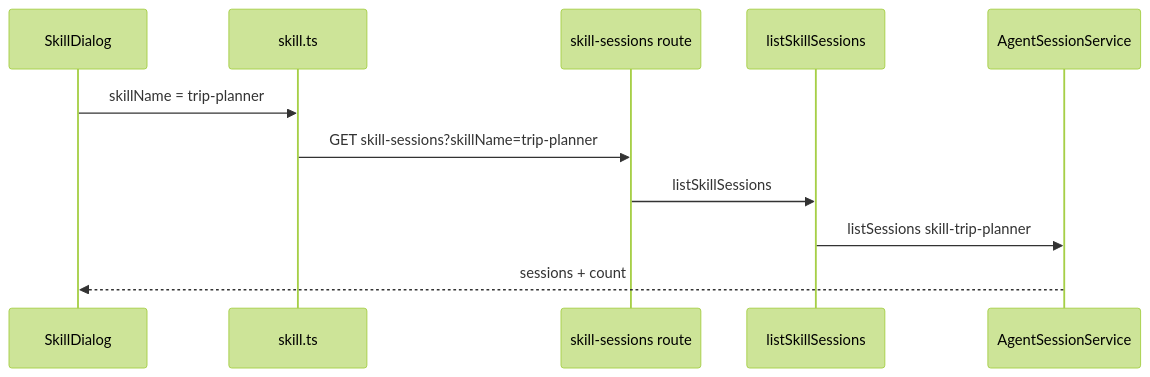
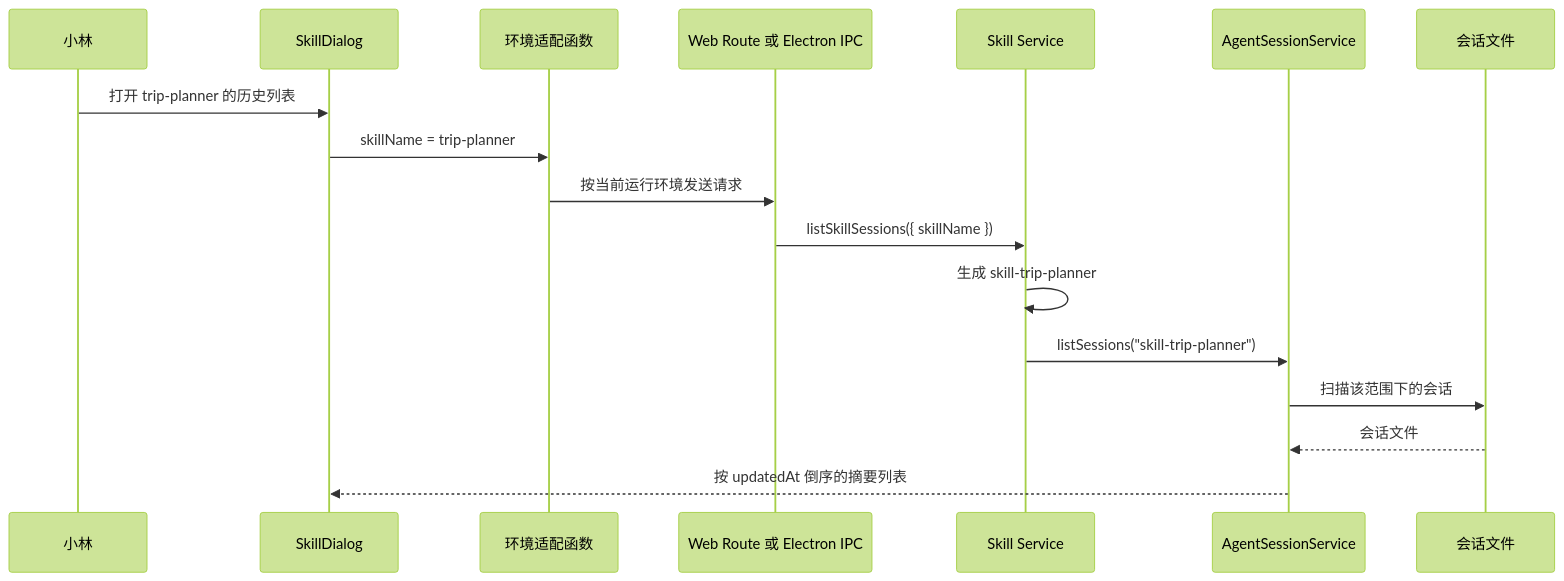
The first of 2 diagrams in learning-note/full-project-course-v2/textbook/part-e-pi-agent-runtime/E37-skill-sessions-use-skill-project-scope.md (LavaCourage07/startupOS), drawn with Mermaid (forest theme) before and after one commit. The commit also changed other lines of this file and 560 other files, not shown here.

````diff
--- a/learning-note/full-project-course-v2/textbook/part-e-pi-agent-runtime/E37-skill-sessions-use-skill-project-scope.md
+++ b/learning-note/full-project-course-v2/textbook/part-e-pi-agent-runtime/E37-skill-sessions-use-skill-project-scope.md
@@ -98,13 +30,20 @@
 ```mermaid
 sequenceDiagram
+    participant U as 小林
     participant UI as SkillDialog
-    participant Adapter as skill.ts
-    participant API as skill-sessions route
-    participant Service as listSkillSessions
-    participant Store as AgentSessionService
-    UI->>Adapter: skillName = trip-planner
-    Adapter->>API: GET skill-sessions?skillName=trip-planner
-    API->>Service: listSkillSessions
-    Service->>Store: listSessions skill-trip-planner
-    Store-->>UI: sessions + count
+    participant A as 环境适配函数
+    participant B as Web Route 或 Electron IPC
+    participant S as Skill Service
+    participant SS as AgentSessionService
+    participant FS as 会话文件
+
+    U->>UI: 打开 trip-planner 的历史列表
+    UI->>A: skillName = trip-planner
+    A->>B: 按当前运行环境发送请求
+    B->>S: listSkillSessions({ skillName })
+    S->>S: 生成 skill-trip-planner
+    S->>SS: listSessions("skill-trip-planner")
+    SS->>FS: 扫描该范围下的会话
+    FS-->>SS: 会话文件
+    SS-->>UI: 按 updatedAt 倒序的摘要列表
 ```
````
